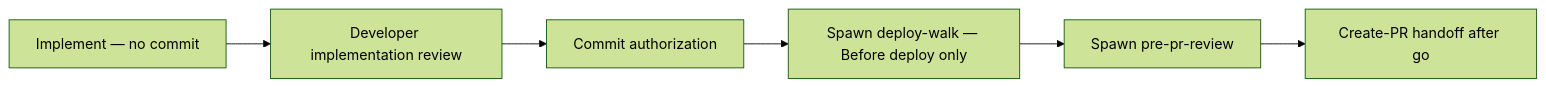
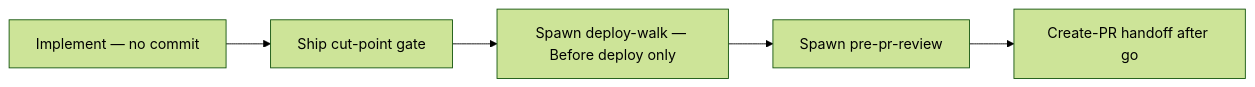
The diagram in missions/plan-and-deliver/skills/coding-session/SKILL.md (safebeat-sedea/research-and-development), drawn with Mermaid (forest theme) before and after one commit. The commit also changed other lines of this file and 2 other files, not shown here.

First line of the commit message:
Combine coding-session ship cut-point into one AskQuestion modal.

````diff
--- a/missions/plan-and-deliver/skills/coding-session/SKILL.md
+++ b/missions/plan-and-deliver/skills/coding-session/SKILL.md
@@ -447,8 +447,7 @@
 ```mermaid
 flowchart LR
-  IMPL[Implement — no commit] --> DEVREV[Developer implementation review]
-  DEVREV --> COMMIT[Commit authorization]
-  COMMIT --> BDW[Spawn deploy-walk — Before deploy only]
+  IMPL[Implement — no commit] --> CUT[Ship cut-point gate]
+  CUT --> BDW[Spawn deploy-walk — Before deploy only]
   BDW --> PPR[Spawn pre-pr-review]
   PPR --> CPR[Create-PR handoff after go]
 ```
````
